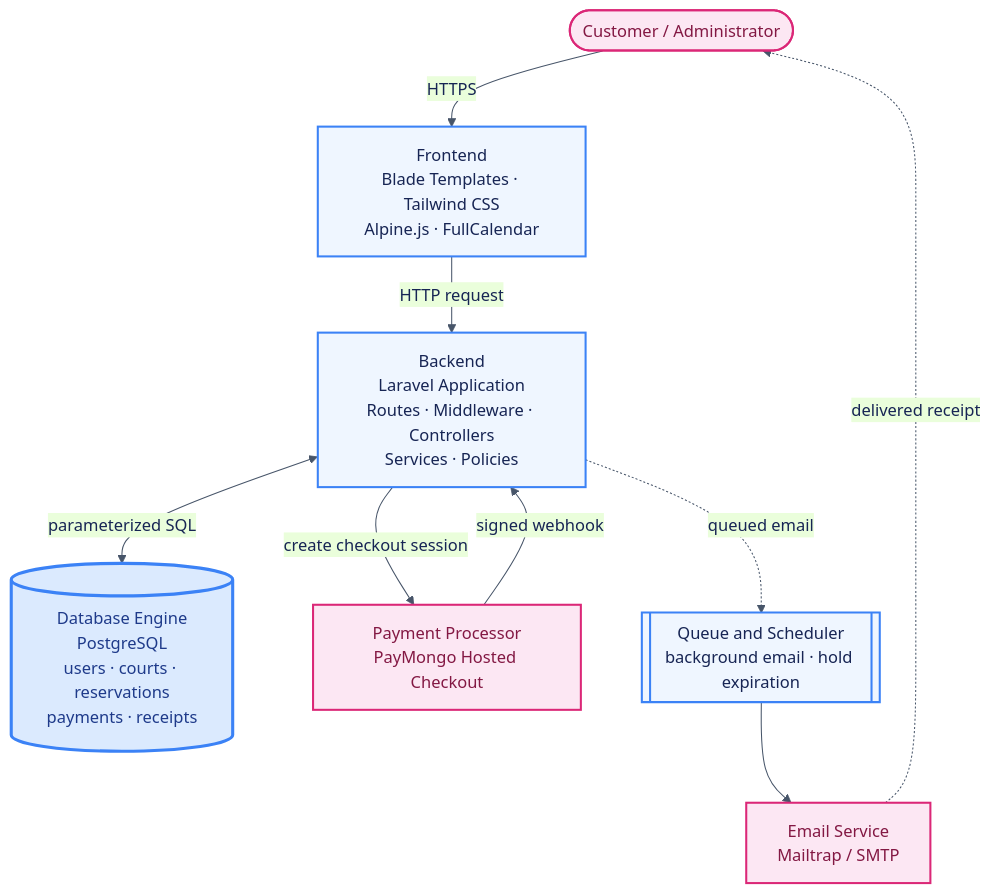
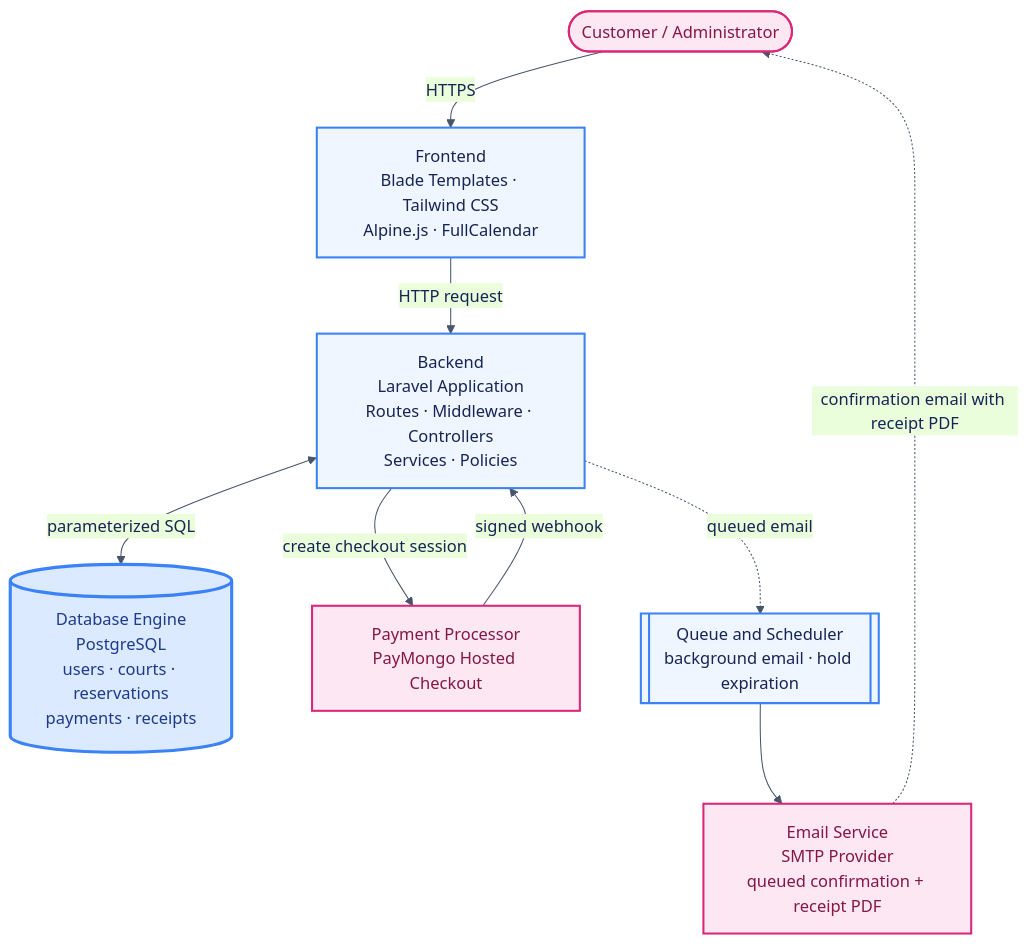
Before and after one commit to Ruzz-1010/Private-Sports-Court-Reservation-System: the second of 4 diagrams in docs/planning/ARCHITECTURE_DIAGRAMS.md, drawn with Mermaid. The commit also changed other lines of this file and 6 other files, not shown here.

````diff
--- a/docs/planning/ARCHITECTURE_DIAGRAMS.md
+++ b/docs/planning/ARCHITECTURE_DIAGRAMS.md
@@ -87,30 +87,30 @@
 ```mermaid
 %%{init: {"theme":"base","themeVariables":{"background":"#FFFFFF","primaryColor":"#DBEAFE","primaryTextColor":"#172554","primaryBorderColor":"#2563EB","lineColor":"#475569","fontFamily":"Arial"}}}%%
 flowchart TB
     classDef ext fill:#FCE7F3,color:#831843,stroke:#DB2777,stroke-width:2px;
     classDef box fill:#EFF6FF,color:#172554,stroke:#3B82F6,stroke-width:2px;
     classDef db fill:#DBEAFE,color:#1E3A8A,stroke:#3B82F6,stroke-width:3px;
 
     BROWSER(["Customer / Administrator"])
 
     FE["Frontend<br/>Blade Templates · Tailwind CSS<br/>Alpine.js · FullCalendar"]
     BE["Backend<br/>Laravel Application<br/>Routes · Middleware · Controllers<br/>Services · Policies"]
     DB[("Database Engine<br/>PostgreSQL<br/>users · courts · reservations<br/>payments · receipts")]
     PAY["Payment Processor<br/>PayMongo Hosted Checkout"]
-    MAIL["Email Service<br/>Mailtrap / SMTP"]
+    MAIL["Email Service<br/>SMTP Provider<br/>queued confirmation + receipt PDF"]
 
     QUEUE[["Queue and Scheduler<br/>background email · hold expiration"]]
 
     BROWSER -->|"HTTPS"| FE
     FE -->|"HTTP request"| BE
     BE <-->|"parameterized SQL"| DB
     BE -->|"create checkout session"| PAY
     PAY -->|"signed webhook"| BE
     BE -.->|"queued email"| QUEUE
     QUEUE --> MAIL
-    MAIL -.->|"delivered receipt"| BROWSER
+    MAIL -.->|"confirmation email with receipt PDF"| BROWSER
 
     class BROWSER,PAY,MAIL ext;
     class FE,BE,QUEUE box;
     class DB db;
 ```
````
